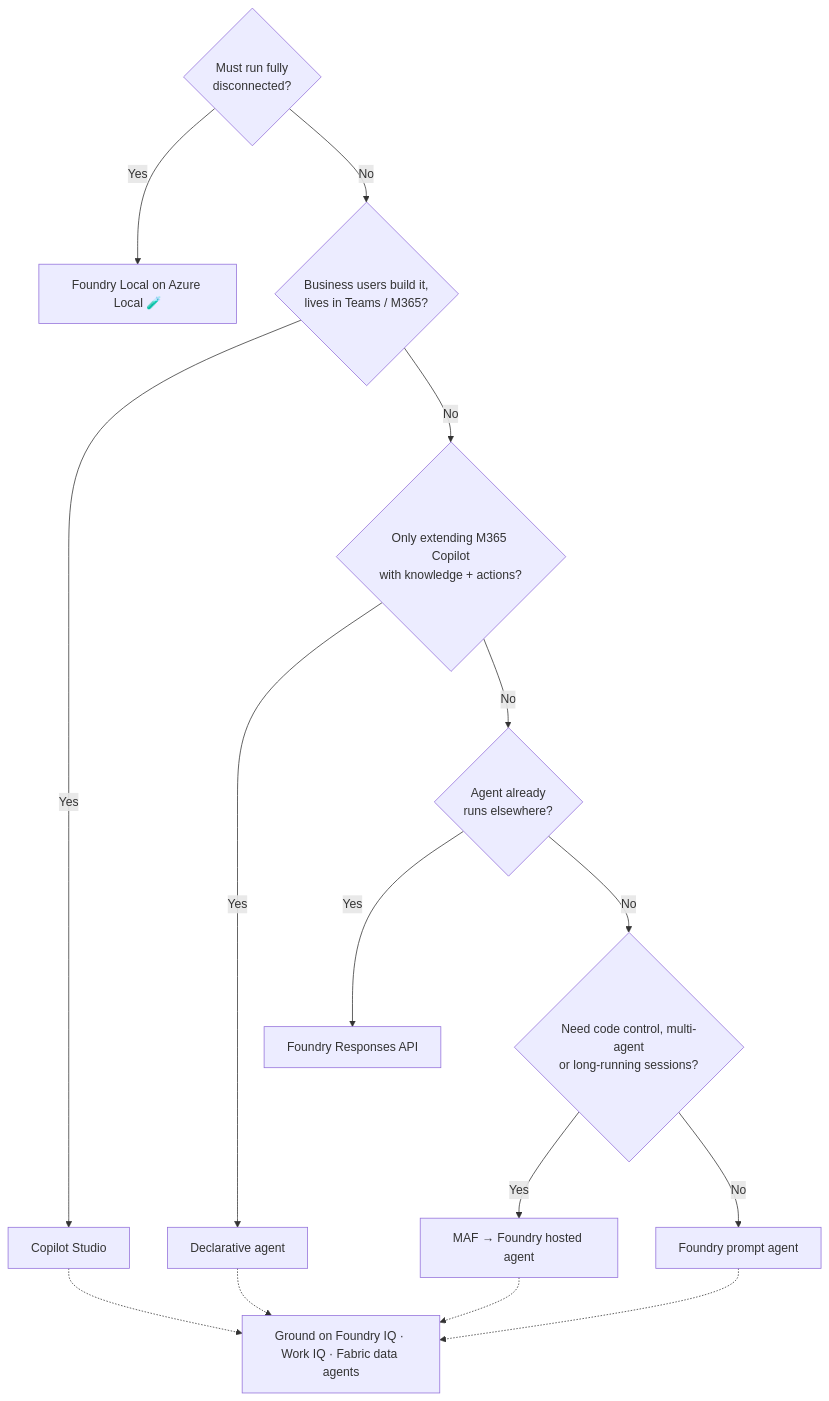
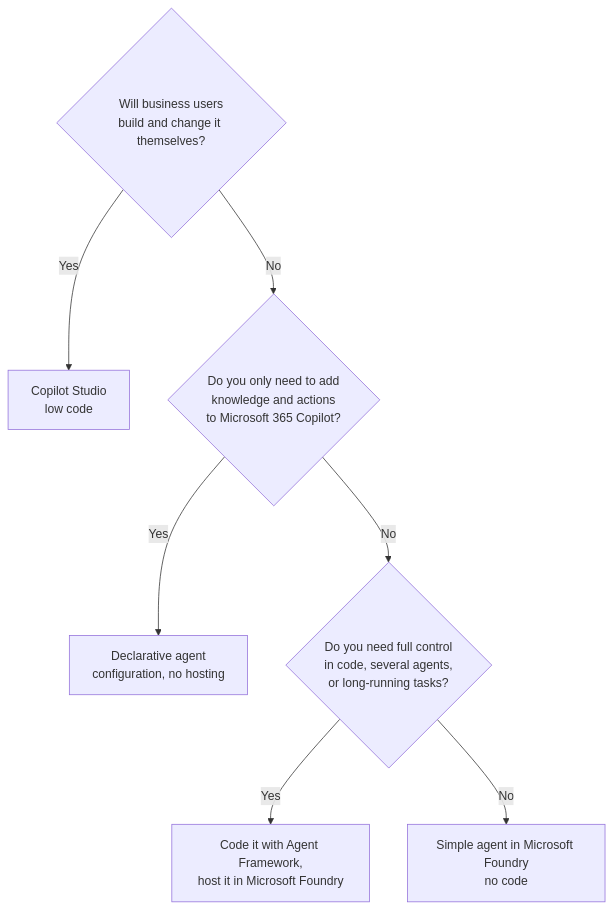
One commit to mjtpena/awesome-microsoft-fde changed the tenth of 10 diagrams in README.md. Above: the diagram before and after it, drawn with Mermaid. The commit also changed other lines of this file and 5 other files, not shown here.

````diff
--- a/README.md
+++ b/README.md
@@ -514,17 +258,9 @@
 ```mermaid
 flowchart TD
-    Q0{"Must run fully<br/>disconnected?"} -->|Yes| FL["Foundry Local on Azure Local 🧪"]
-    Q0 -->|No| Q1{"Business users build it,<br/>lives in Teams / M365?"}
-    Q1 -->|Yes| CS["Copilot Studio"]
-    Q1 -->|No| Q2{"Only extending M365 Copilot<br/>with knowledge + actions?"}
-    Q2 -->|Yes| DA["Declarative agent"]
-    Q2 -->|No| Q3{"Agent already<br/>runs elsewhere?"}
-    Q3 -->|Yes| RA["Foundry Responses API"]
-    Q3 -->|No| Q4{"Need code control, multi-agent<br/>or long-running sessions?"}
-    Q4 -->|Yes| HA["MAF → Foundry hosted agent"]
-    Q4 -->|No| PA["Foundry prompt agent"]
-    CS -.-> KB["Ground on Foundry IQ · Work IQ · Fabric data agents"]
-    DA -.-> KB
-    HA -.-> KB
-    PA -.-> KB
+    Q1{"Will business users<br/>build and change it themselves?"} -->|Yes| CS["Copilot Studio<br/>low code"]
+    Q1 -->|No| Q2{"Do you only need to add<br/>knowledge and actions<br/>to Microsoft 365 Copilot?"}
+    Q2 -->|Yes| DA["Declarative agent<br/>configuration, no hosting"]
+    Q2 -->|No| Q3{"Do you need full control<br/>in code, several agents,<br/>or long-running tasks?"}
+    Q3 -->|Yes| HA["Code it with Agent Framework,<br/>host it in Microsoft Foundry"]
+    Q3 -->|No| PA["Simple agent in Microsoft Foundry<br/>no code"]
 ```
````
